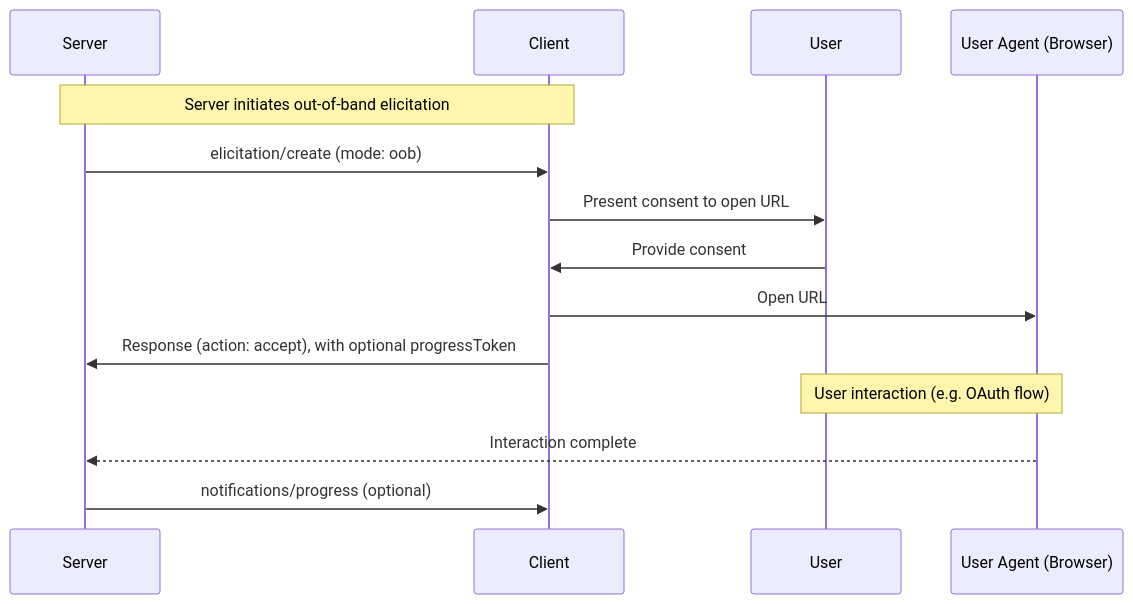
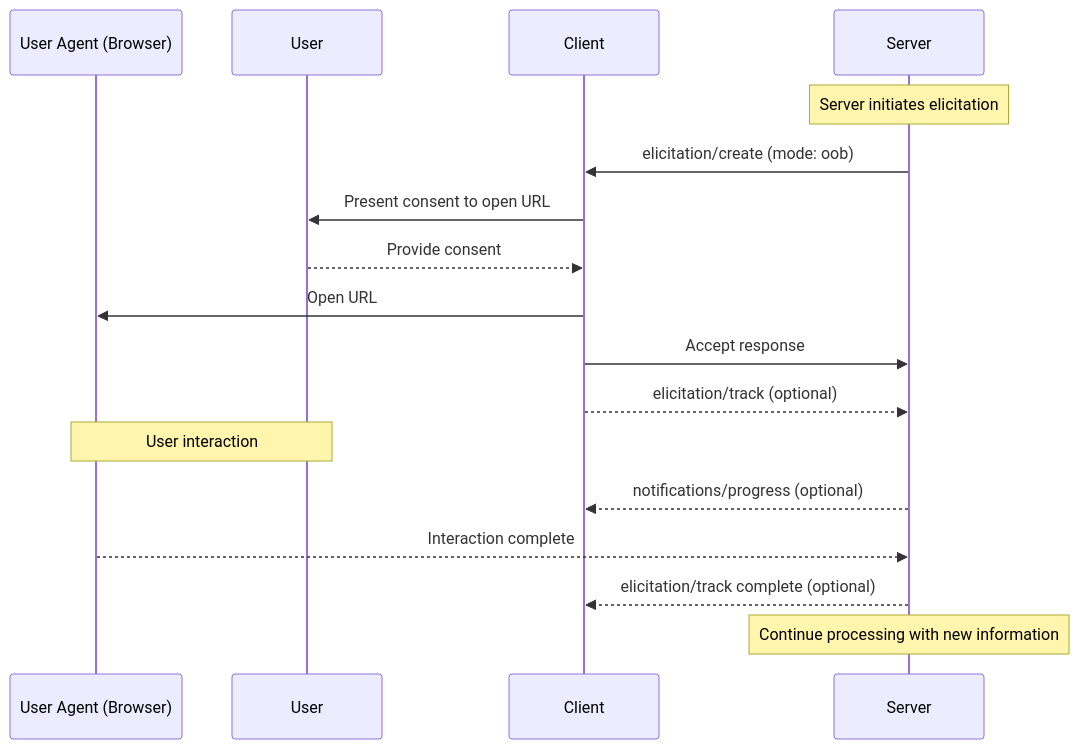
The second of 3 diagrams in docs/specification/draft/client/elicitation.mdx (ArcadeAI/modelcontextprotocol), drawn with Mermaid before and after one commit. The commit also changed other lines of this file, not shown here.

Commit message:
WIP: elicitation revision

````diff
--- a/docs/specification/draft/client/elicitation.mdx
+++ b/docs/specification/draft/client/elicitation.mdx
@@ -346,21 +359,24 @@
 ```mermaid
 sequenceDiagram
+    participant UserAgent as User Agent (Browser)
+    participant User
+    participant Client
     participant Server
-    participant Client
-    participant User
-    participant UserAgent as User Agent (Browser)
 
-    Note over Server,Client: Server initiates out-of-band elicitation
+    Note over Server: Server initiates elicitation
     Server->>Client: elicitation/create (mode: oob)
 
     Client->>User: Present consent to open URL
-    User->>Client: Provide consent
+    User-->>Client: Provide consent
 
     Client->>UserAgent: Open URL
-    Client->>Server: Response (action: accept), with optional progressToken
+    Client->>Server: Accept response
+    Client-->>Server: elicitation/track (optional)
 
-    Note over User,UserAgent: User interaction (e.g. OAuth flow)
+    Note over User,UserAgent: User interaction
+    Server-->>Client: notifications/progress (optional)
     UserAgent-->>Server: Interaction complete
+    Server-->>Client: elicitation/track complete (optional)
 
-    Server->>Client: notifications/progress (optional)
+    Note over Server: Continue processing with new information
 ```
````
